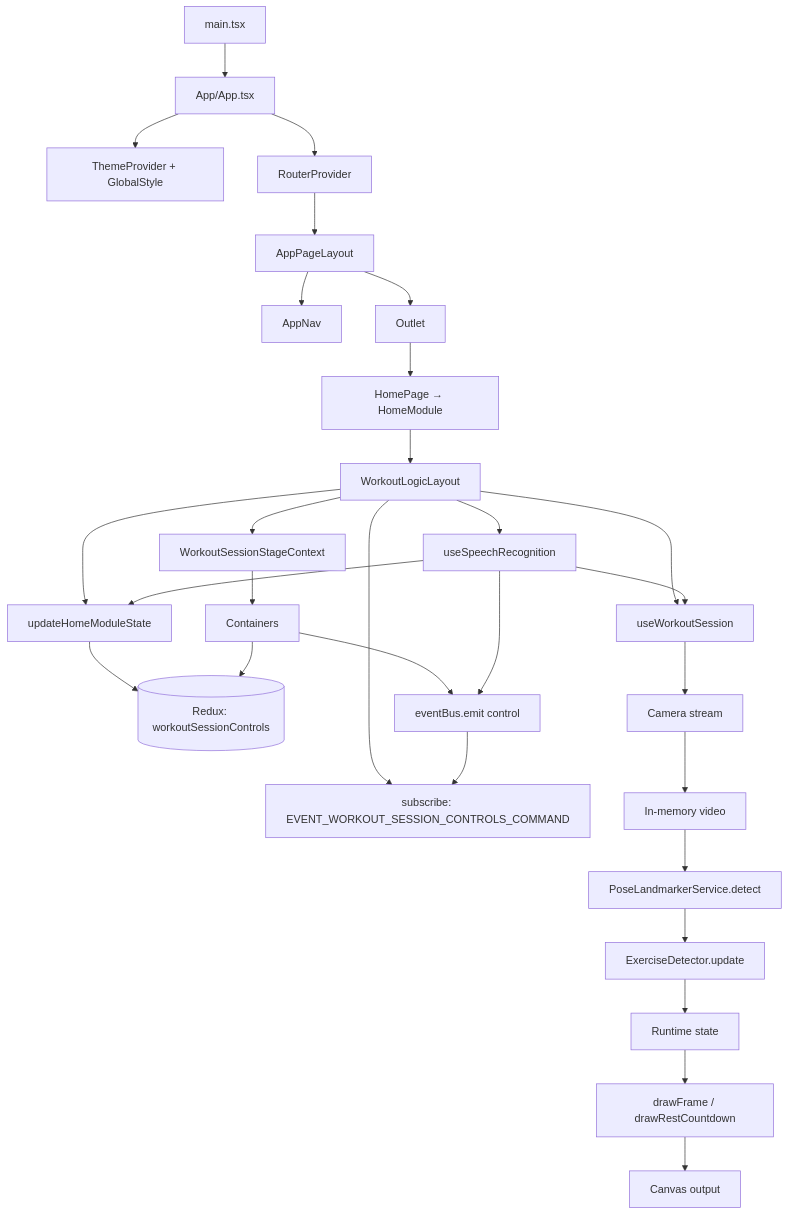
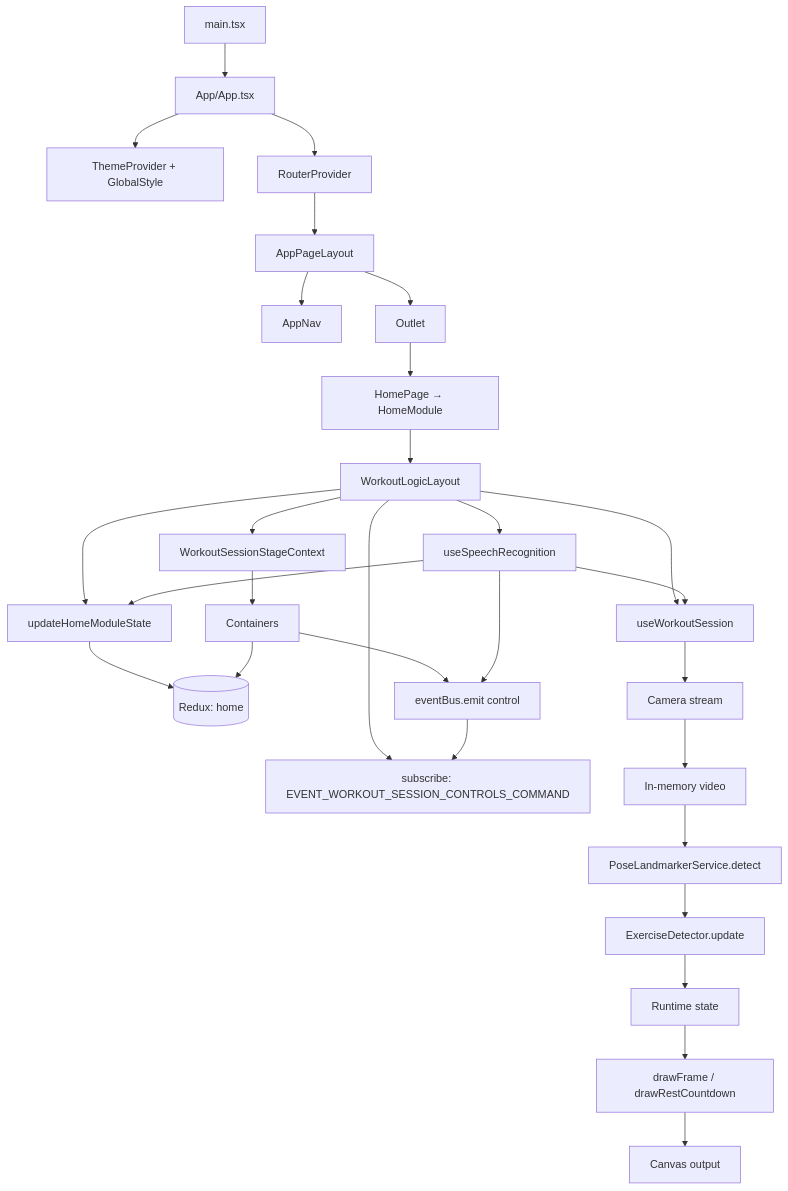
One commit to alexeyabretov00-eng/workout-counter-react changed the diagram in docs/architecture.md. Above: the diagram before and after it, drawn with Mermaid. The commit also changed other lines of this file and 18 other files, not shown here.

First line of the commit message:
refactor(home): обновить срез состояния с `workoutSessionControls` на `home`

````diff
--- a/docs/architecture.md
+++ b/docs/architecture.md
@@ -81,32 +81,32 @@
 ```mermaid
 flowchart TB
   Main[main.tsx] --> AppMod[App/App.tsx]
   AppMod --> Theme[ThemeProvider + GlobalStyle]
   AppMod --> R[RouterProvider]
   R --> APL[AppPageLayout]
   APL --> Nav[AppNav]
   APL --> Out[Outlet]
   Out --> Home[HomePage → HomeModule]
   Home --> WLL[WorkoutLogicLayout]
   WLL --> Session[useWorkoutSession]
   WLL --> Speech[useSpeechRecognition]
   WLL --> StageCtx[WorkoutSessionStageContext]
   WLL --> Patch[updateHomeModuleState]
   WLL --> EBSub[subscribe: EVENT_WORKOUT_SESSION_CONTROLS_COMMAND]
-  Store[(Redux: workoutSessionControls)]
+  Store[(Redux: home)]
   Patch --> Store
   Cont[Containers] --> Store
   Cont --> EBEmit[eventBus.emit control]
   Speech --> EBEmit
   Speech --> Patch
   EBEmit --> EBSub
   StageCtx --> Cont
   Speech --> Session
   Session --> Camera[Camera stream]
   Camera --> Video[In-memory video]
   Video --> Pose[PoseLandmarkerService.detect]
   Pose --> Detector[ExerciseDetector.update]
   Detector --> Runtime[Runtime state]
   Runtime --> Draw[drawFrame / drawRestCountdown]
   Draw --> Canvas[Canvas output]
 ```
````
